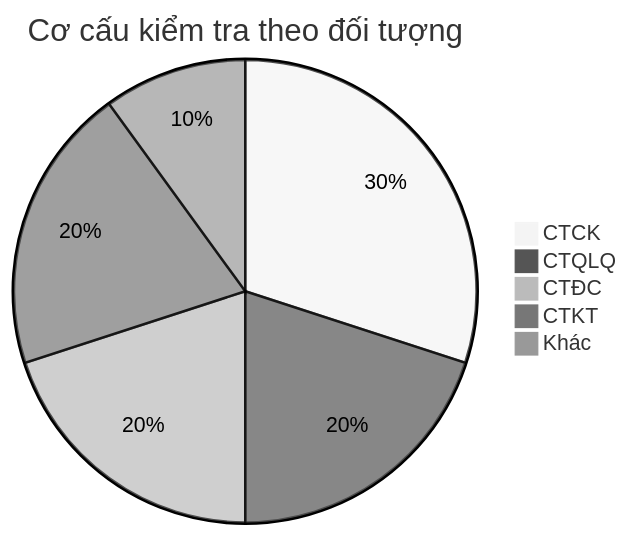
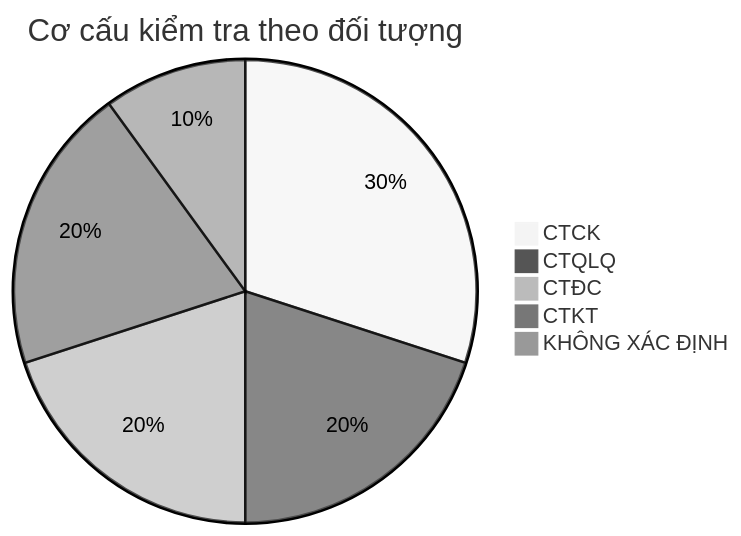
One commit to linhlvit/ubck_atomic_design changed diagram 32 of 54 in Datamart/hld/DTM_TT_HLD.md. Above: the diagram before and after it, drawn with Mermaid (neutral theme). The commit also changed other lines of this file and 23 other files, not shown here.

````diff
--- a/Datamart/hld/DTM_TT_HLD.md
+++ b/Datamart/hld/DTM_TT_HLD.md
@@ -1279,8 +1302,8 @@
 ```mermaid
 pie title Cơ cấu kiểm tra theo đối tượng
     "CTCK" : 30
     "CTQLQ" : 20
     "CTĐC" : 20
     "CTKT" : 20
-    "Khác" : 10
+    "KHÔNG XÁC ĐỊNH" : 10
 ```
````
